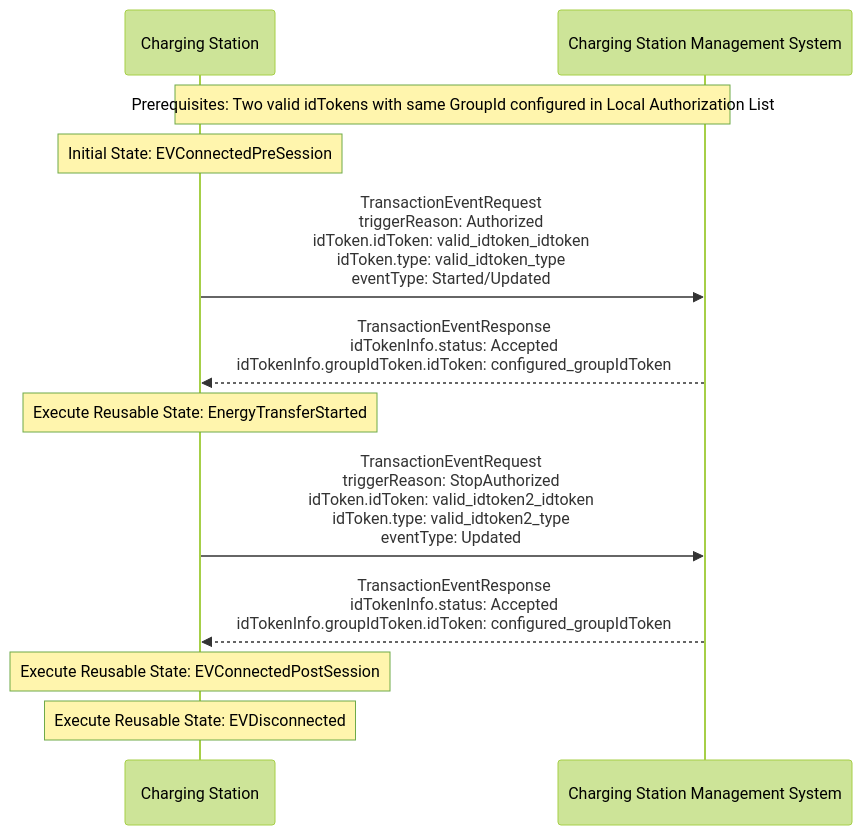
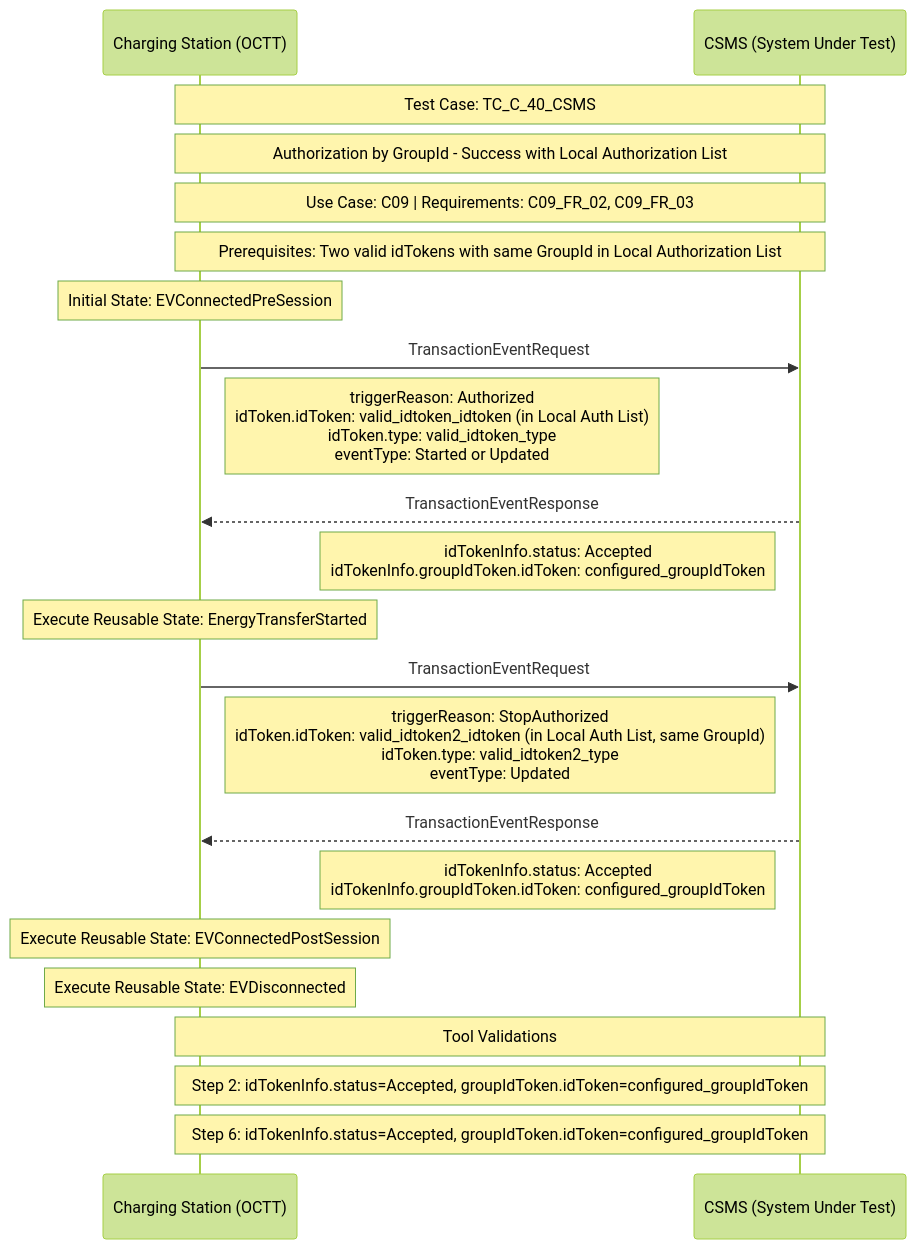
The diagram in C/test_tc_c_40_csms.mermaid (AviranAbady/tzi-OCTT), drawn with Mermaid (forest theme) before and after one commit. The commit also changed 547 other files, not shown here.

```diff
--- a/C/test_tc_c_40_csms.mermaid
+++ b/C/test_tc_c_40_csms.mermaid
@@ -1,17 +1,31 @@
 sequenceDiagram
-    participant CS as Charging Station
-    participant CSMS as Charging Station Management System
-    
-    Note over CS,CSMS: Prerequisites: Two valid idTokens with same GroupId configured in Local Authorization List
+    participant CS as Charging Station (OCTT)
+    participant CSMS as CSMS (System Under Test)
+
+    Note over CS, CSMS: Test Case: TC_C_40_CSMS
+    Note over CS, CSMS: Authorization by GroupId - Success with Local Authorization List
+    Note over CS, CSMS: Use Case: C09 | Requirements: C09_FR_02, C09_FR_03
+
+    Note over CS, CSMS: Prerequisites: Two valid idTokens with same GroupId in Local Authorization List
     Note over CS: Initial State: EVConnectedPreSession
-    
-    CS->>CSMS: TransactionEventRequest<br>triggerReason: Authorized<br>idToken.idToken: valid_idtoken_idtoken<br>idToken.type: valid_idtoken_type<br>eventType: Started/Updated
-    CSMS-->>CS: TransactionEventResponse<br>idTokenInfo.status: Accepted<br>idTokenInfo.groupIdToken.idToken: configured_groupIdToken
-    
+
+    CS->>CSMS: TransactionEventRequest
+    Note right of CS: triggerReason: Authorized<br/>idToken.idToken: valid_idtoken_idtoken (in Local Auth List)<br/>idToken.type: valid_idtoken_type<br/>eventType: Started or Updated
+
+    CSMS-->>CS: TransactionEventResponse
+    Note left of CSMS: idTokenInfo.status: Accepted<br/>idTokenInfo.groupIdToken.idToken: configured_groupIdToken
+
     Note over CS: Execute Reusable State: EnergyTransferStarted
-    
-    CS->>CSMS: TransactionEventRequest<br>triggerReason: StopAuthorized<br>idToken.idToken: valid_idtoken2_idtoken<br>idToken.type: valid_idtoken2_type<br>eventType: Updated
-    CSMS-->>CS: TransactionEventResponse<br>idTokenInfo.status: Accepted<br>idTokenInfo.groupIdToken.idToken: configured_groupIdToken
-    
+
+    CS->>CSMS: TransactionEventRequest
+    Note right of CS: triggerReason: StopAuthorized<br/>idToken.idToken: valid_idtoken2_idtoken (in Local Auth List, same GroupId)<br/>idToken.type: valid_idtoken2_type<br/>eventType: Updated
+
+    CSMS-->>CS: TransactionEventResponse
+    Note left of CSMS: idTokenInfo.status: Accepted<br/>idTokenInfo.groupIdToken.idToken: configured_groupIdToken
+
     Note over CS: Execute Reusable State: EVConnectedPostSession
     Note over CS: Execute Reusable State: EVDisconnected
+
+    Note over CS, CSMS: Tool Validations
+    Note over CS, CSMS: Step 2: idTokenInfo.status=Accepted, groupIdToken.idToken=configured_groupIdToken
+    Note over CS, CSMS: Step 6: idTokenInfo.status=Accepted, groupIdToken.idToken=configured_groupIdToken
```
